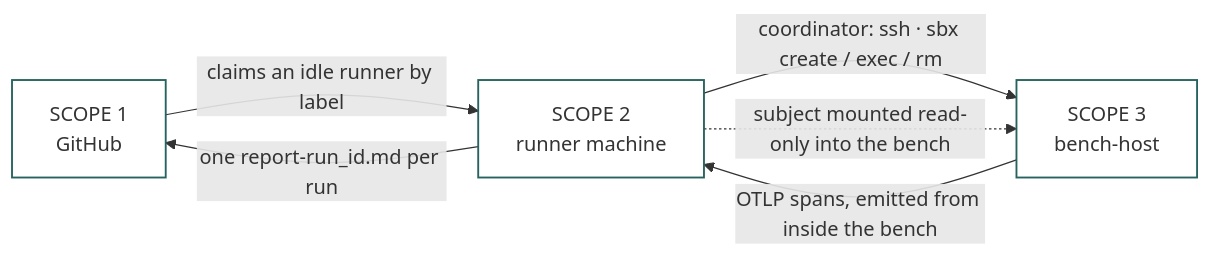
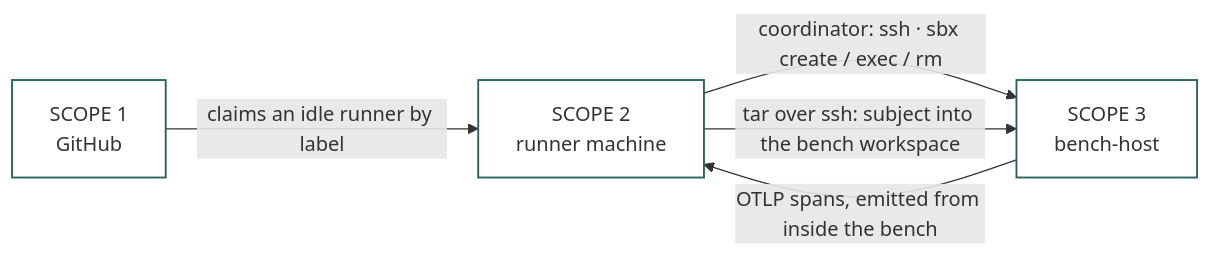
The first of 4 diagrams in docs/scope-map.md (agent-realm/gentar), drawn with Mermaid before and after one commit. The commit also changed other lines of this file and 1 other file, not shown here.

````diff
--- a/docs/scope-map.md
+++ b/docs/scope-map.md
@@ -27,15 +47,14 @@
 ```mermaid
 flowchart LR
   GH["SCOPE 1<br/>GitHub"]
   RUN["SCOPE 2<br/>runner machine"]
   BHH["SCOPE 3<br/>bench-host"]
 
   GH -->|"claims an idle runner by label"| RUN
   RUN -->|"coordinator: ssh · sbx create / exec / rm"| BHH
+  RUN -->|"tar over ssh: subject into the bench workspace"| BHH
   BHH -->|"OTLP spans, emitted from inside the bench"| RUN
-  RUN -->|"one report-run_id.md per run"| GH
-  RUN -.->|"subject mounted read-only into the bench"| BHH
 
   classDef dur fill:none,stroke:#26635F,stroke-width:1.5px;
   class GH,RUN,BHH dur;
 ```
````
